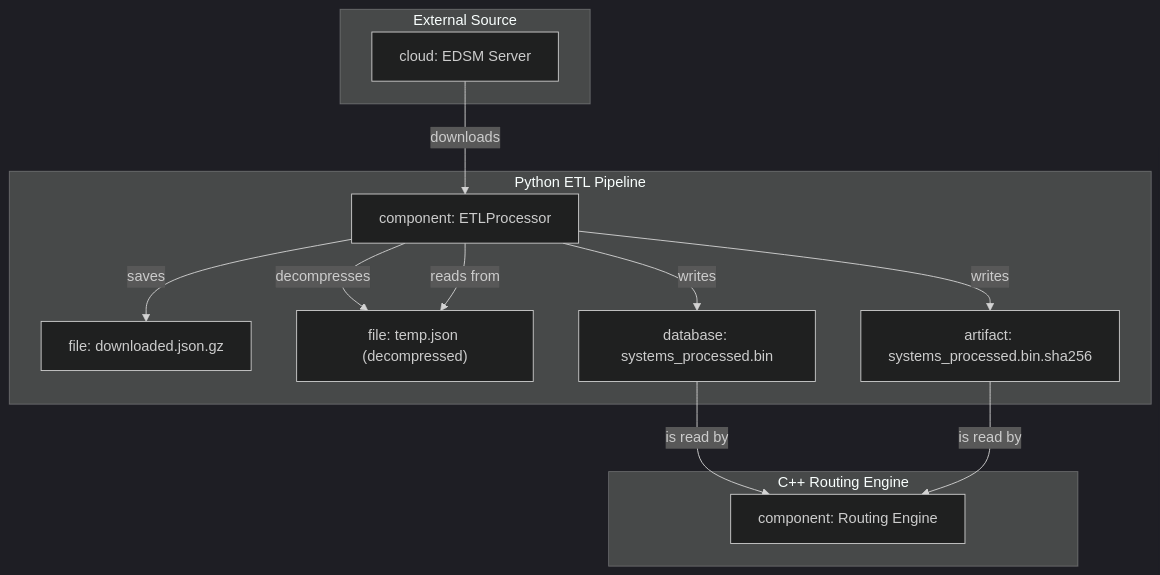
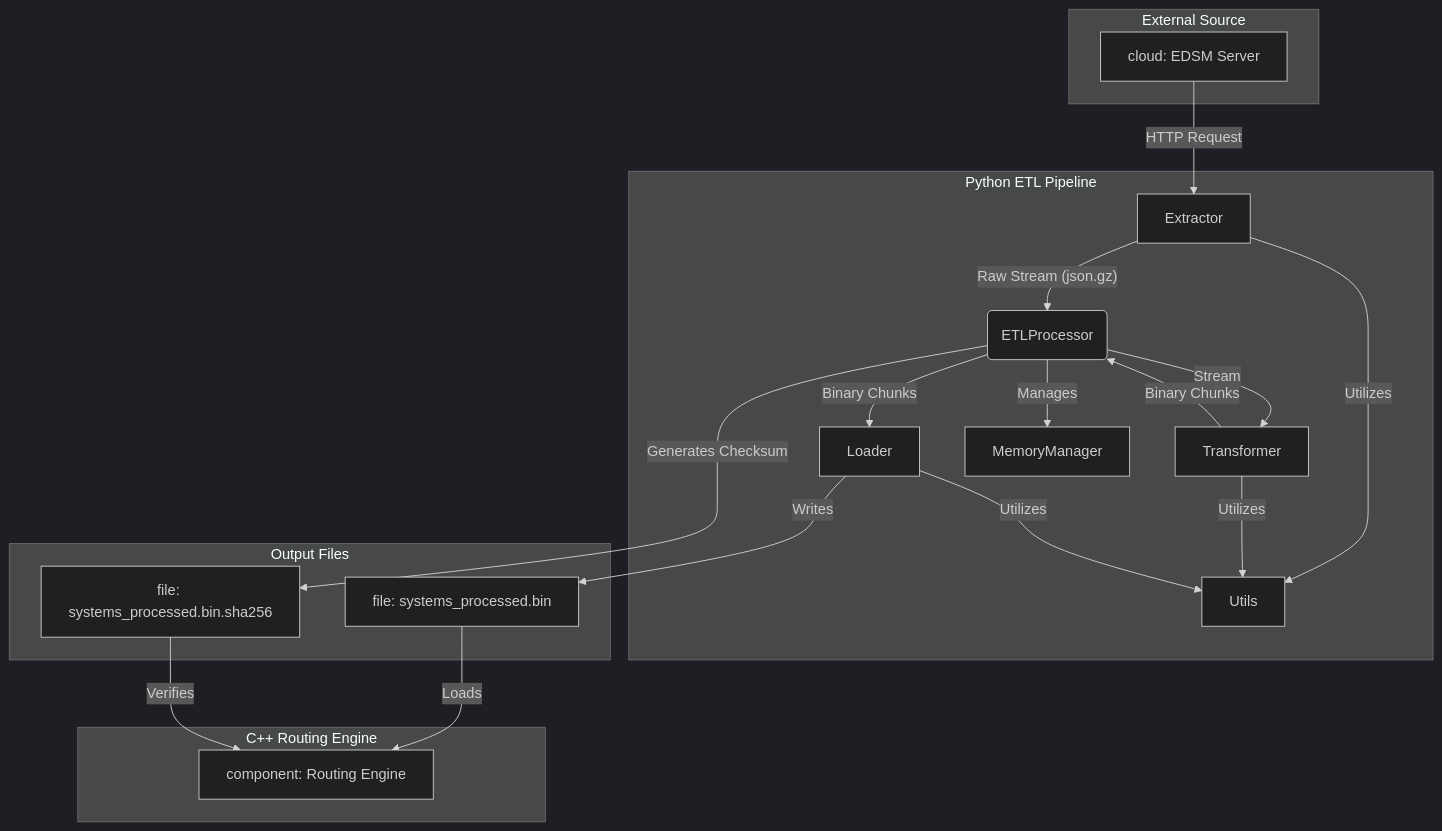
The third of 3 diagrams in pipeline/docs/etl_process_deep_dive.md (mnaatjes/elite-dangerous-dev), drawn with Mermaid (dark theme) before and after one commit. The commit also changed other lines of this file and 20 other files, not shown here.

```````diff
--- a/pipeline/docs/etl_process_deep_dive.md
+++ b/pipeline/docs/etl_process_deep_dive.md
@@ -131,25 +155,35 @@
 ```mermaid
 graph TD
     subgraph "External Source"
         A["cloud: EDSM Server"];
     end
     subgraph "Python ETL Pipeline"
-        B["component: ETLProcessor"];
-        C["file: downloaded.json.gz"];
-        D["file: temp.json (decompressed)"];
-        E["database: systems_processed.bin"];
-        F["artifact: systems_processed.bin.sha256"];
+        B(ETLProcessor);
+        C[Extractor];
+        D[Transformer];
+        E[Loader];
+        F[MemoryManager];
+        G[Utils];
+    end
+    subgraph "Output Files"
+        H["file: systems_processed.bin"];
+        I["file: systems_processed.bin.sha256"];
     end
     subgraph "C++ Routing Engine"
-        G["component: Routing Engine"];
+        J["component: Routing Engine"];
     end
 
-    A -- "downloads" --> B;
-    B -- "saves" --> C;
-    B -- "decompresses" --> D;
-    B -- "reads from" --> D;
-    B -- "writes" --> E;
-    B -- "writes" --> F;
-    E -- "is read by" --> G;
-    F -- "is read by" --> G;
+    A -- "HTTP Request" --> C;
+    C -- "Raw Stream (json.gz)" --> B;
+    B -- "Stream" --> D;
+    D -- "Binary Chunks" --> B;
+    B -- "Binary Chunks" --> E;
+    E -- "Writes" --> H;
+    B -- "Manages" --> F;
+    C -- "Utilizes" --> G;
+    D -- "Utilizes" --> G;
+    E -- "Utilizes" --> G;
+    B -- "Generates Checksum" --> I;
+    H -- "Loads" --> J;
+    I -- "Verifies" --> J;
 ``````
```````
